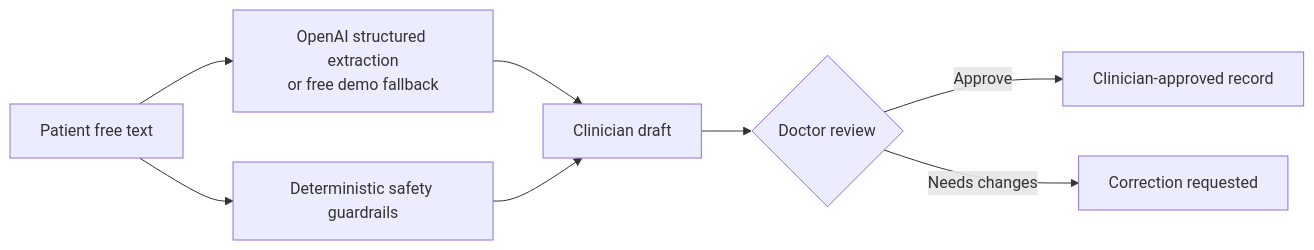
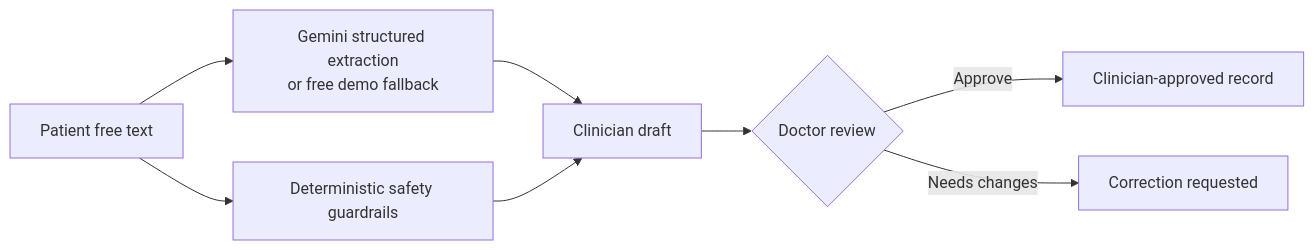
The first of 2 diagrams in README.md (DKon109/AI-chatbot), drawn with Mermaid before and after one commit. The commit also changed other lines of this file and 14 other files, not shown here.

Commit message:
Use Gemini for structured healthcare drafts

````diff
--- a/README.md
+++ b/README.md
@@ -28,10 +28,10 @@
 ```mermaid
 flowchart LR
-    P["Patient free text"] --> X["OpenAI structured extraction<br/>or free demo fallback"]
+    P["Patient free text"] --> X["Gemini structured extraction<br/>or free demo fallback"]
     P --> G["Deterministic safety guardrails"]
     X --> D["Clinician draft"]
     G --> D
     D --> R{"Doctor review"}
     R -->|Approve| A["Clinician-approved record"]
     R -->|Needs changes| C["Correction requested"]
 ```
````
